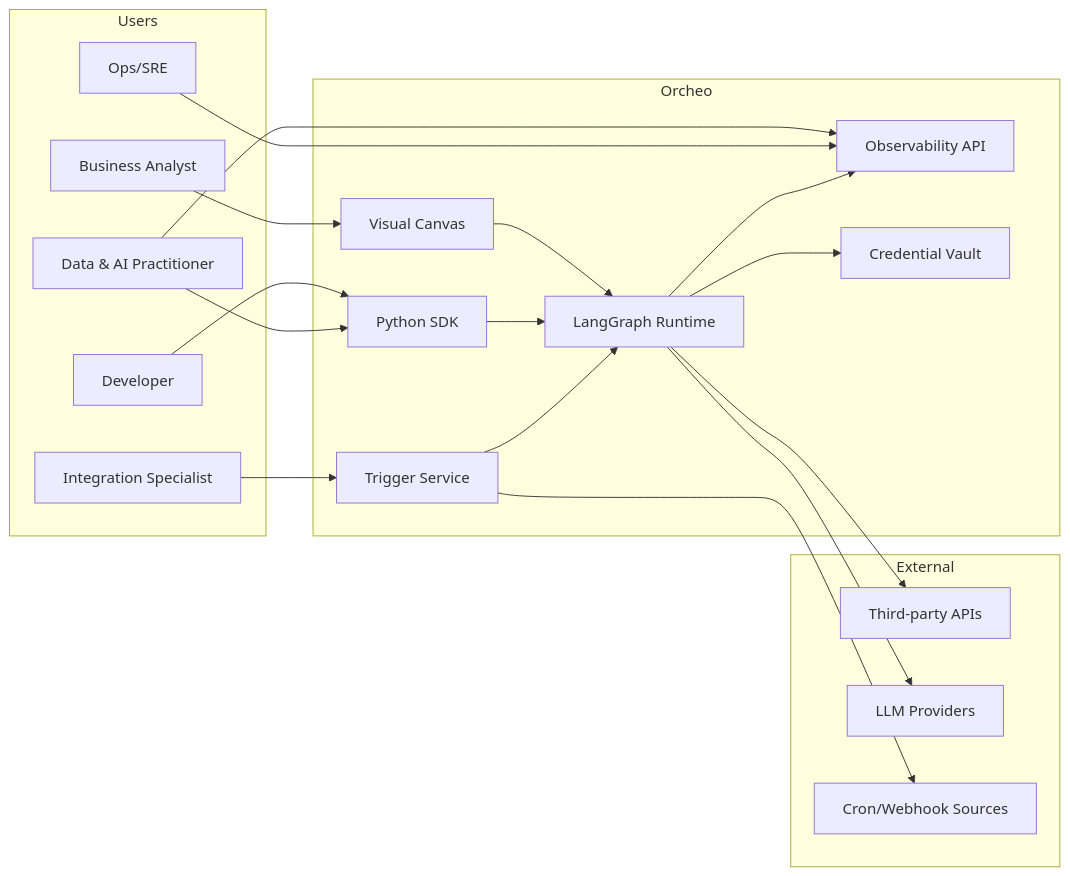
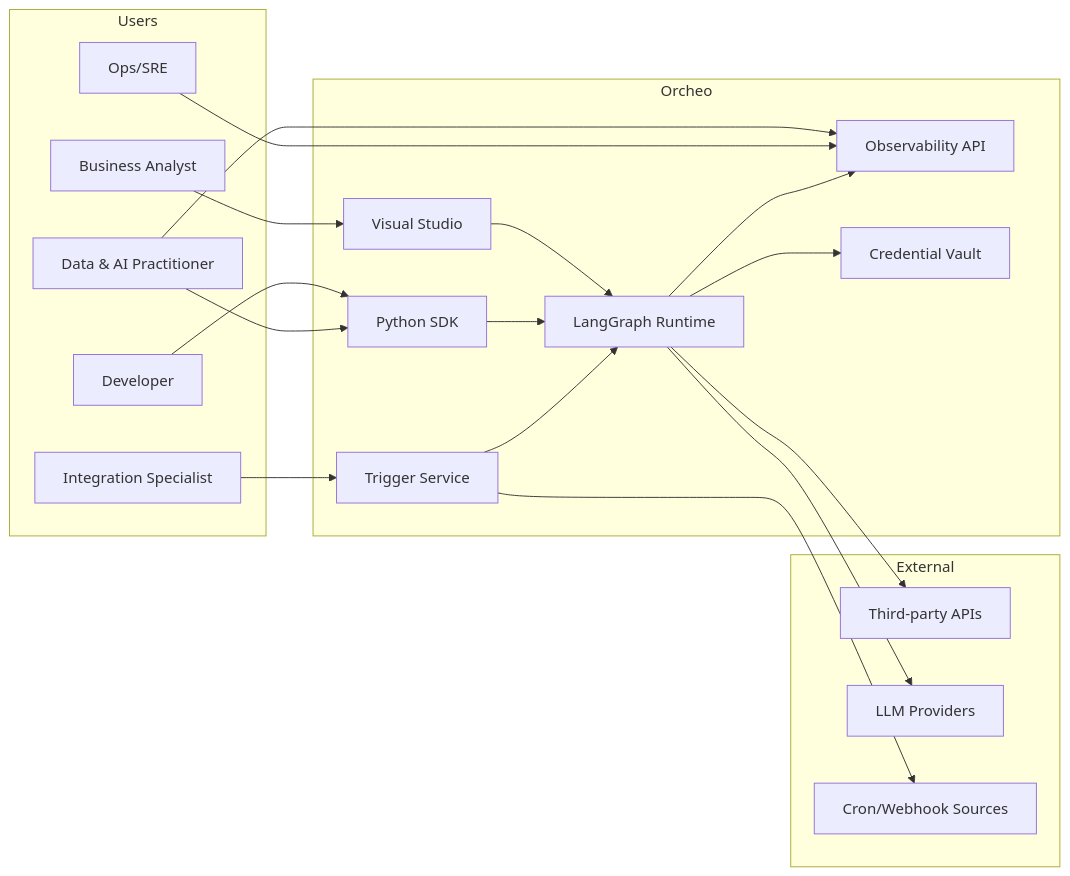
Before and after one commit to AI-Colleagues/orcheo: the first of 3 diagrams in project/architecture/design.md, drawn with Mermaid. The commit also changed other lines of this file and 556 other files, not shown here.

Commit message:
Rename Canvas to Studio across the stack (#401)

````diff
--- a/project/architecture/design.md
+++ b/project/architecture/design.md
@@ -142,40 +142,40 @@
 ```mermaid
 graph LR
     subgraph Users
         Analyst[Business Analyst]
         Developer[Developer]
         DataAI[Data & AI Practitioner]
         Integrator[Integration Specialist]
         Operator[Ops/SRE]
     end
 
     subgraph Orcheo
-        Canvas[Visual Canvas]
+        Studio[Visual Studio]
         SDK[Python SDK]
         TriggerSvc[Trigger Service]
         Runtime[LangGraph Runtime]
         Observability[Observability API]
         Vault[Credential Vault]
     end
 
     subgraph External
         SaaS[Third-party APIs]
         AI[LLM Providers]
         Schedules[Cron/Webhook Sources]
     end
 
-    Analyst --> Canvas
+    Analyst --> Studio
     Developer --> SDK
     DataAI --> SDK
     DataAI --> Observability
     Integrator --> TriggerSvc
     Operator --> Observability
-    Canvas --> Runtime
+    Studio --> Runtime
     SDK --> Runtime
     TriggerSvc --> Runtime
     Runtime --> SaaS
     Runtime --> AI
     TriggerSvc --> Schedules
     Runtime --> Observability
     Runtime --> Vault
 ```
````
